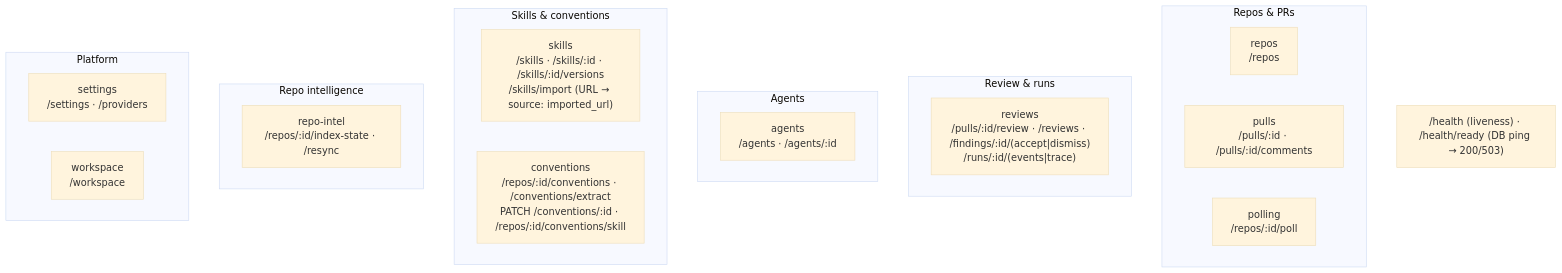
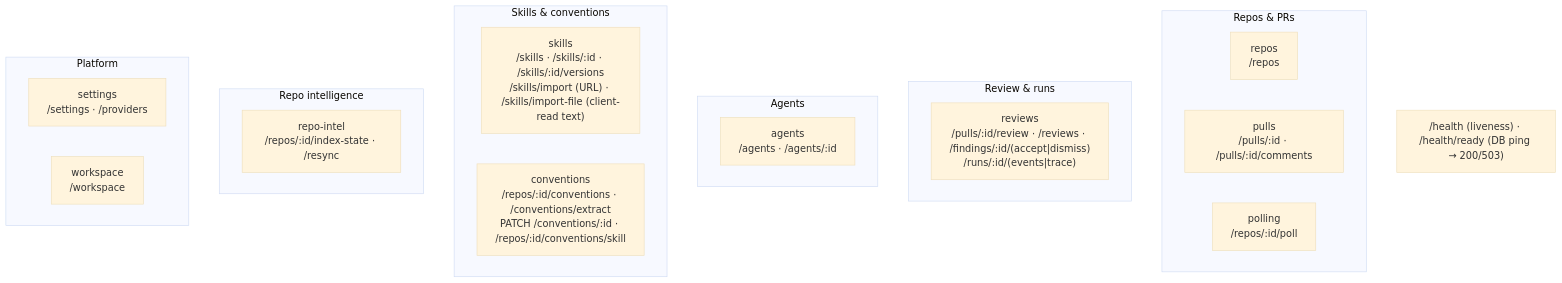
One commit to AIengineerDev/dev-digest changed the second of 2 diagrams in server/README.md. Above: the diagram before and after it, drawn with Mermaid (base theme). The commit also changed 16 other files, not shown here.

````diff
--- a/server/README.md
+++ b/server/README.md
@@ -64,26 +64,26 @@
 ```mermaid
 flowchart TB
   subgraph Repos_PRs["Repos & PRs"]
     repos["repos<br/>/repos"]
     pulls["pulls<br/>/pulls/:id · /pulls/:id/comments"]
     polling["polling<br/>/repos/:id/poll"]
   end
   subgraph Review["Review & runs"]
     reviews["reviews<br/>/pulls/:id/review · /reviews · /findings/:id/(accept|dismiss)<br/>/runs/:id/(events|trace)"]
   end
   subgraph Agents["Agents"]
     agents["agents<br/>/agents · /agents/:id"]
   end
   subgraph Knowledge["Skills & conventions"]
-    skills["skills<br/>/skills · /skills/:id · /skills/:id/versions<br/>/skills/import (URL → source: imported_url)"]
+    skills["skills<br/>/skills · /skills/:id · /skills/:id/versions<br/>/skills/import (URL) · /skills/import-file (client-read text)"]
     conventions["conventions<br/>/repos/:id/conventions · /conventions/extract<br/>PATCH /conventions/:id · /repos/:id/conventions/skill"]
   end
   subgraph Intel["Repo intelligence"]
     repoIntel["repo-intel<br/>/repos/:id/index-state · /resync"]
   end
   subgraph Platform["Platform"]
     settings["settings<br/>/settings · /providers"]
     workspace["workspace<br/>/workspace"]
   end
   HEALTH["/health (liveness) · /health/ready (DB ping → 200/503)"]
 ```
````
